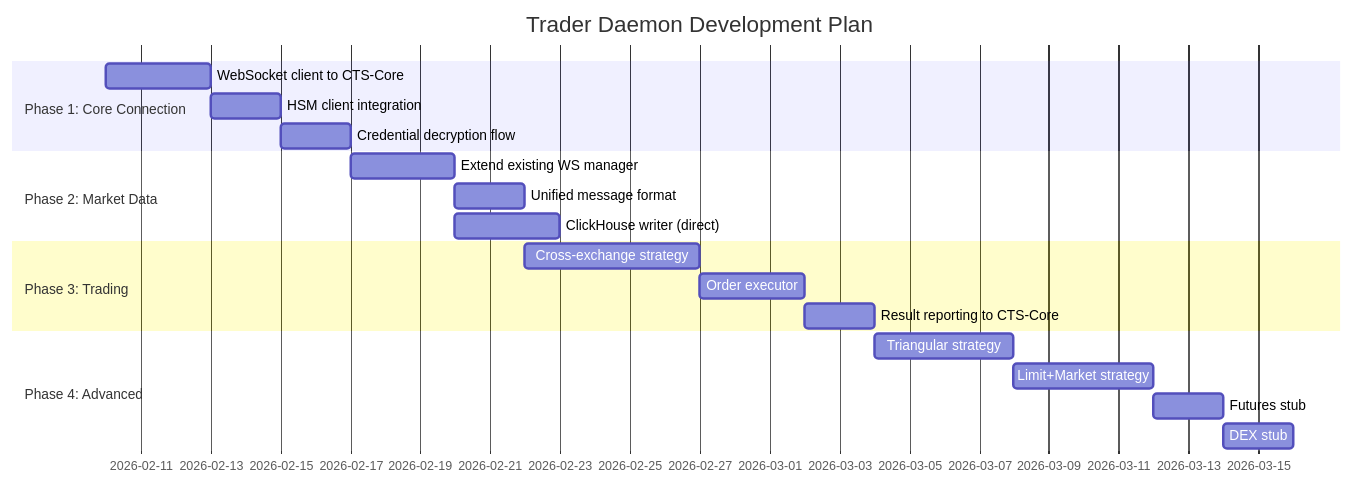
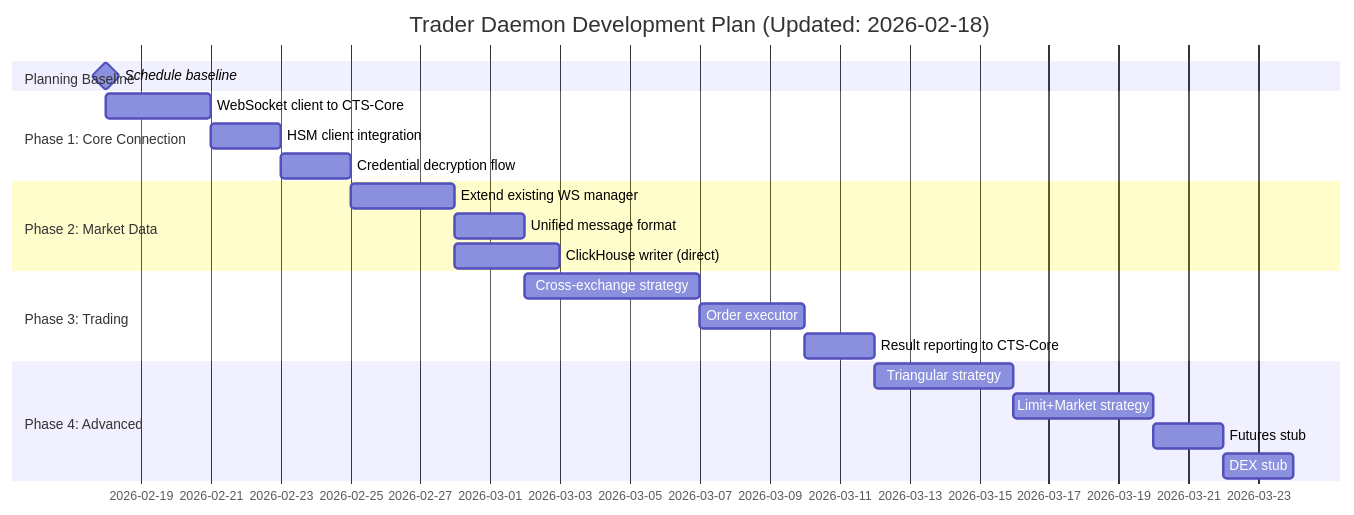
One commit to titaev-lv/cts-core changed the second of 3 diagrams in DEVELOPMENT_PLAN.md. Above: the diagram before and after it, drawn with Mermaid. The commit also changed other lines of this file and 2 other files, not shown here.

````diff
--- a/DEVELOPMENT_PLAN.md
+++ b/DEVELOPMENT_PLAN.md
@@ -62,25 +67,28 @@
 ```mermaid
 gantt
-    title Trader Daemon Development Plan
+    title Trader Daemon Development Plan (Updated: 2026-02-18)
     dateFormat  YYYY-MM-DD
+    section Planning Baseline
+    Schedule baseline                 :milestone, t0, 2026-02-18, 0d
+    
     section Phase 1: Core Connection
-    WebSocket client to CTS-Core      :t1a, 2026-02-10, 3d
+    WebSocket client to CTS-Core      :t1a, after t0, 3d
     HSM client integration            :t1b, after t1a, 2d
     Credential decryption flow        :t1c, after t1b, 2d
     
     section Phase 2: Market Data
     Extend existing WS manager        :t2a, after t1c, 3d
     Unified message format            :t2b, after t2a, 2d
     ClickHouse writer (direct)        :t2c, after t2a, 3d
     
     section Phase 3: Trading
     Cross-exchange strategy           :t3a, after t2b, 5d
     Order executor                    :t3b, after t3a, 3d
     Result reporting to CTS-Core      :t3c, after t3b, 2d
     
     section Phase 4: Advanced
     Triangular strategy               :t4a, after t3c, 4d
     Limit+Market strategy             :t4b, after t4a, 4d
     Futures stub                      :t4c, after t4b, 2d
     DEX stub                          :t4d, after t4c, 2d
 ```
````
